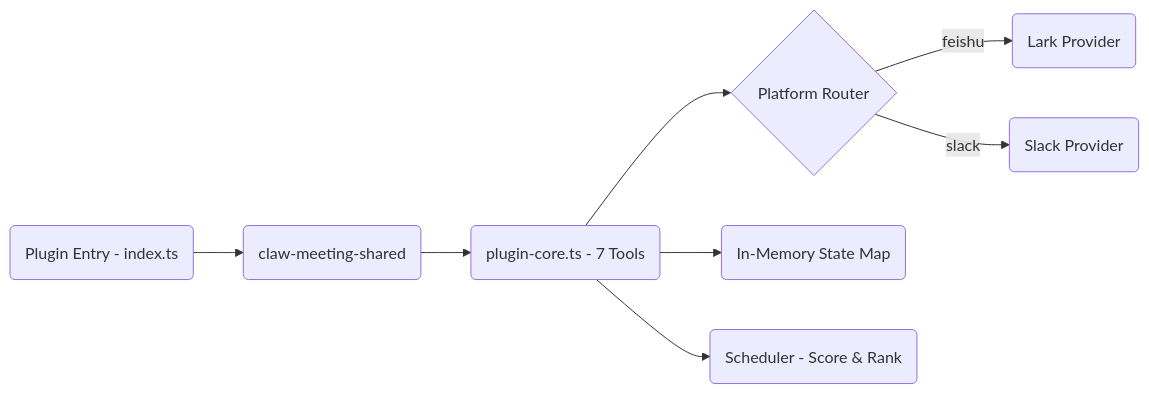
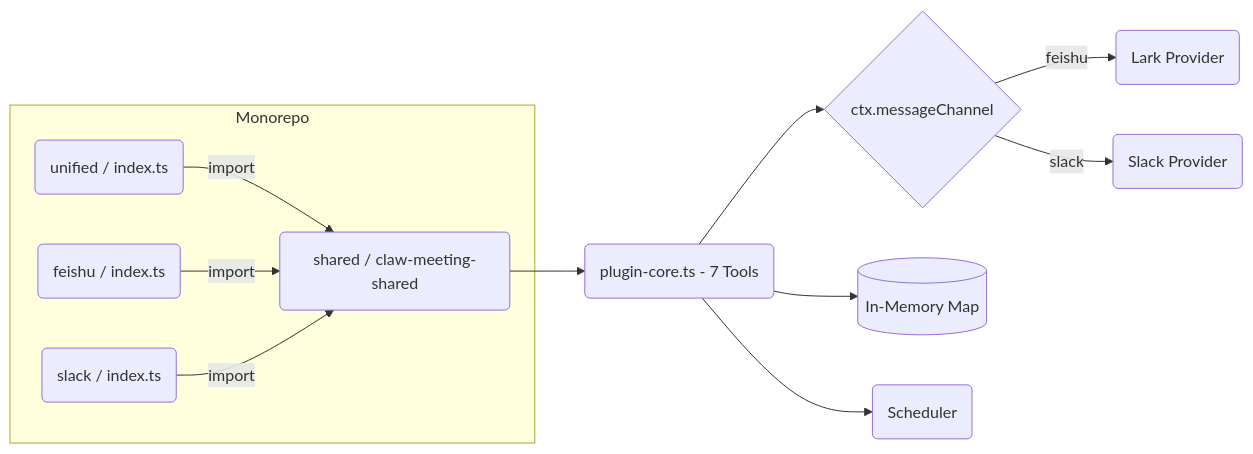
The second of 7 diagrams in README.md (javana3/claw_meeting_all), drawn with Mermaid before and after one commit. The commit also changed other lines of this file and 4 other files, not shown here.

````diff
--- a/README.md
+++ b/README.md
@@ -44,10 +53,20 @@
 ```mermaid
 graph LR
-    A(Plugin Entry - index.ts) --> B(claw-meeting-shared)
-    B --> C(plugin-core.ts - 7 Tools)
-    C --> D{Platform Router}
-    D -->|feishu| E(Lark Provider)
-    D -->|slack| F(Slack Provider)
-    C --> G(In-Memory State Map)
-    C --> H(Scheduler - Score & Rank)
+    subgraph "Monorepo"
+        SHARED(shared / claw-meeting-shared)
+        UNI(unified / index.ts)
+        FEI(feishu / index.ts)
+        SLK(slack / index.ts)
+    end
+
+    UNI -->|import| SHARED
+    FEI -->|import| SHARED
+    SLK -->|import| SHARED
+
+    SHARED --> CORE(plugin-core.ts - 7 Tools)
+    CORE --> ROUTER{ctx.messageChannel}
+    ROUTER -->|feishu| LP(Lark Provider)
+    ROUTER -->|slack| SP(Slack Provider)
+    CORE --> MEM[(In-Memory Map)]
+    CORE --> SCH(Scheduler)
 ```
````
